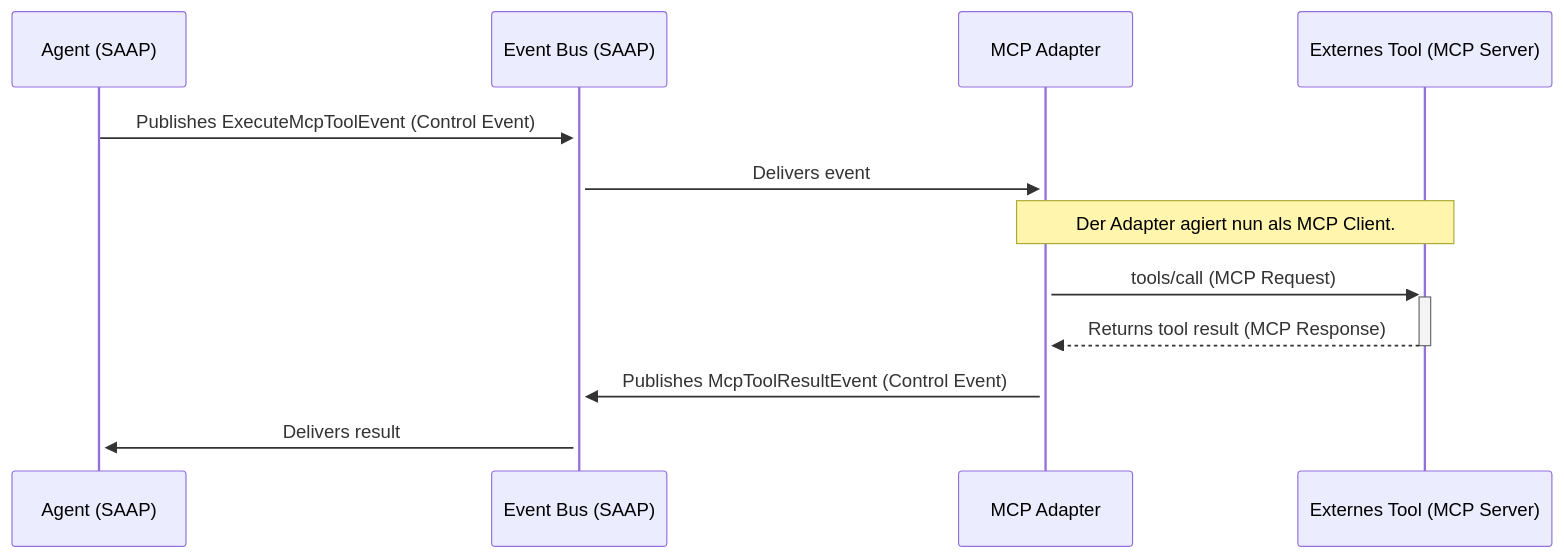
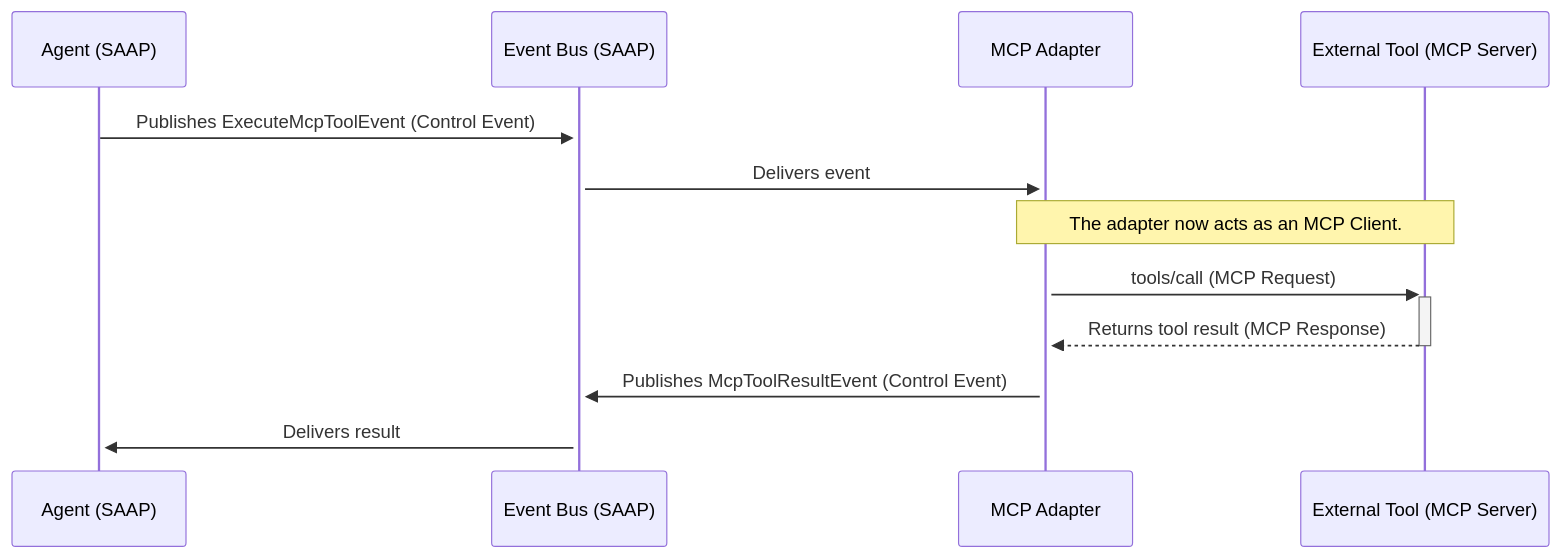
Before and after one commit to bbvch-ai/aihub-core: the fifth of 6 diagrams in docs/docs/2_platform/2_architecture/3_swiss_ai_agent_protocol/index.de.md, drawn with Mermaid. The commit also changed other lines of this file and 136 other files, not shown here.

````diff
--- a/docs/docs/2_platform/2_architecture/3_swiss_ai_agent_protocol/index.de.md
+++ b/docs/docs/2_platform/2_architecture/3_swiss_ai_agent_protocol/index.de.md
@@ -856,17 +698,17 @@
 ```mermaid
 sequenceDiagram
     participant InternalAgent as Agent (SAAP)
     participant EventBus as Event Bus (SAAP)
     participant McpAdapter as MCP Adapter
-    participant McpServer as Externes Tool (MCP Server)
+    participant McpServer as External Tool (MCP Server)
 
     InternalAgent->>+EventBus: Publishes ExecuteMcpToolEvent (Control Event)
     EventBus->>+McpAdapter: Delivers event
     
-    Note over McpAdapter, McpServer: Der Adapter agiert nun als MCP Client.
+    Note over McpAdapter, McpServer: The adapter now acts as an MCP Client.
     McpAdapter->>+McpServer: tools/call (MCP Request)
     McpServer-->>-McpAdapter: Returns tool result (MCP Response)
 
     McpAdapter->>+EventBus: Publishes McpToolResultEvent (Control Event)
     EventBus->>+InternalAgent: Delivers result
 ```
````
